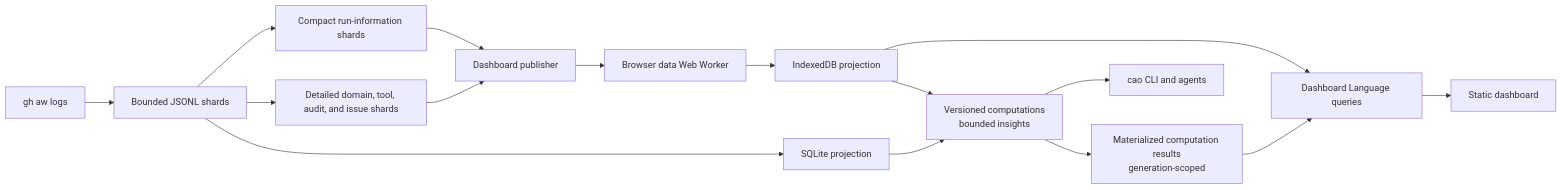
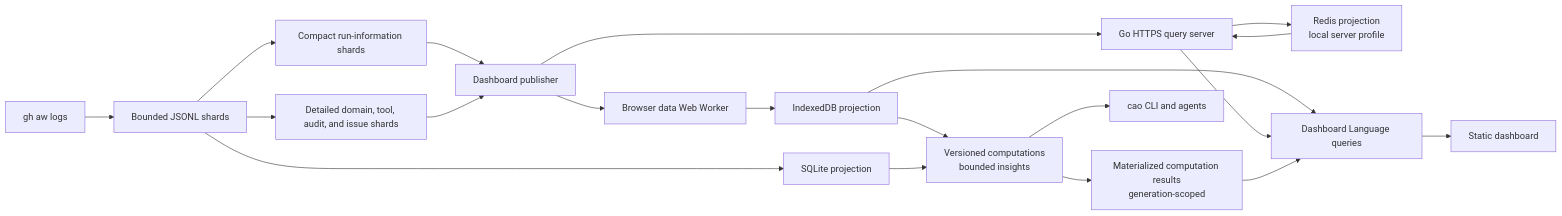
Before and after one commit to githubnext/gh-aw-cao: the second of 2 diagrams in ARCHITECTURE.md, drawn with Mermaid. The commit also changed other lines of this file and 42 other files, not shown here.

First line of the commit message:
Add Redis-backed dashboard server

````diff
--- a/ARCHITECTURE.md
+++ b/ARCHITECTURE.md
@@ -70,29 +70,33 @@
 ```mermaid
 flowchart LR
     Logs["gh aw logs"]
     Shards["Bounded JSONL shards"]
     Runs["Compact run-information shards"]
     Records["Detailed domain, tool, audit, and issue shards"]
     SQLite["SQLite projection"]
     Publisher["Dashboard publisher"]
     Worker["Browser data Web Worker"]
     IndexedDB["IndexedDB projection"]
+    Redis["Redis projection<br/>local server profile"]
     Query["Dashboard Language queries"]
+    GoServer["Go HTTPS query server"]
     Compute["Versioned computations<br/>bounded insights"]
     Results["Materialized computation results<br/>generation-scoped"]
     UI["Static dashboard"]
     CLI["cao CLI and agents"]
 
     Logs --> Shards
     Shards --> SQLite
     Shards --> Runs
     Shards --> Records
     Runs --> Publisher
     Records --> Publisher --> Worker
     Worker --> IndexedDB
     IndexedDB --> Query
+    Publisher --> GoServer --> Redis
+    Redis --> GoServer --> Query
     IndexedDB --> Compute --> Results --> Query
     SQLite --> Compute
     Query --> UI
     Compute --> CLI
 ```
````
